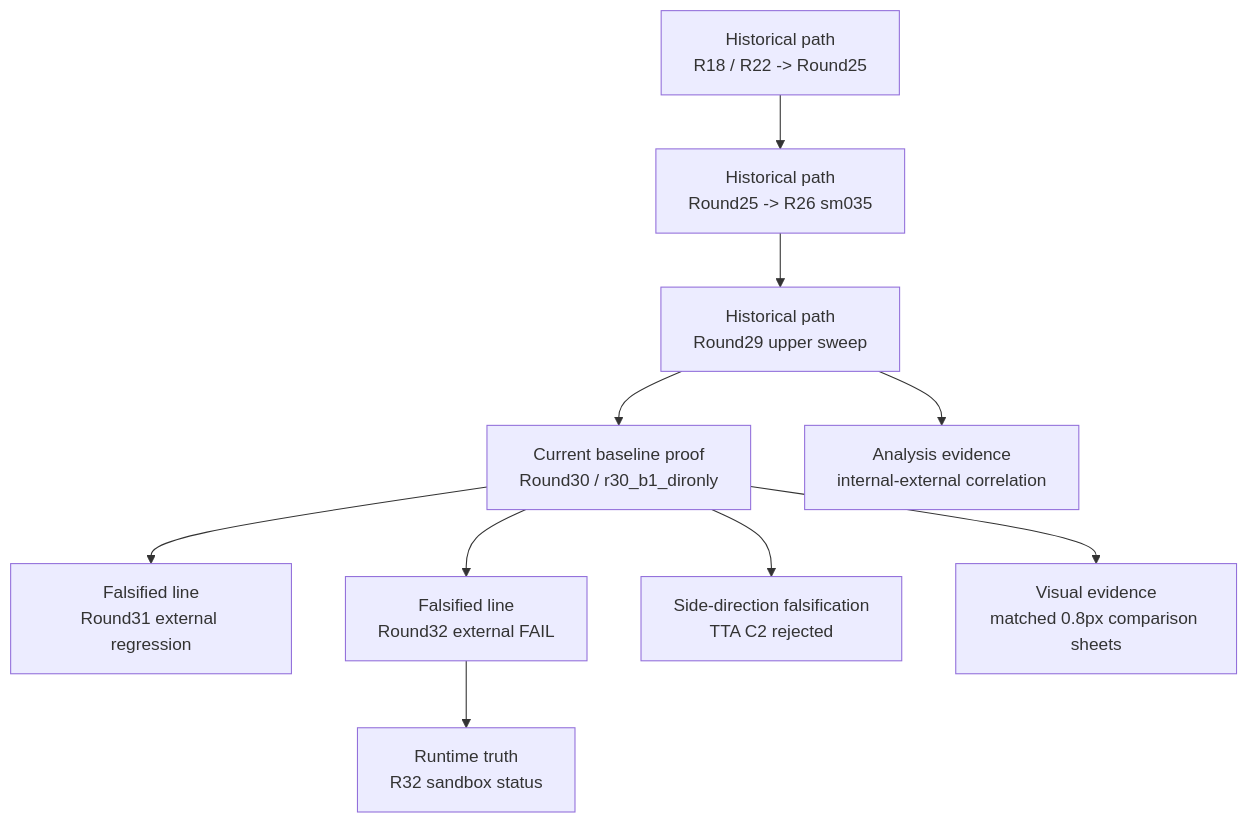
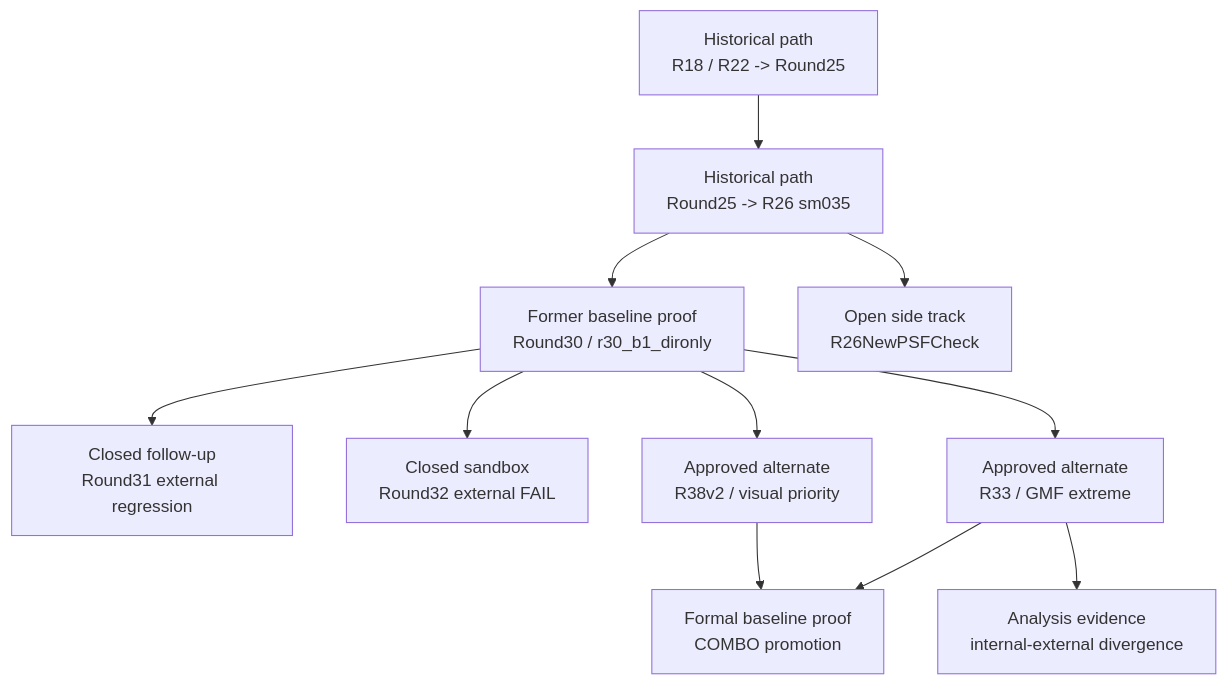
Before and after one commit to rio10255254/GMM_2_Final: the diagram in docs/evidence/EVIDENCE_MAP.md, drawn with Mermaid. The commit also changed other lines of this file and 27 other files, not shown here.

Commit message:
docs: promote combo and align truth plane

````diff
--- a/docs/evidence/EVIDENCE_MAP.md
+++ b/docs/evidence/EVIDENCE_MAP.md
@@ -20,12 +20,13 @@
 ```mermaid
 flowchart TD
     H25["Historical path<br/>R18 / R22 -> Round25"] --> H26["Historical path<br/>Round25 -> R26 sm035"]
-    H26 --> H29["Historical path<br/>Round29 upper sweep"]
-    H29 --> B30["Current baseline proof<br/>Round30 / r30_b1_dironly"]
-    B30 --> F31["Falsified line<br/>Round31 external regression"]
-    B30 --> F32["Falsified line<br/>Round32 external FAIL"]
-    B30 --> SD["Side-direction falsification<br/>TTA C2 rejected"]
-    H29 --> AN["Analysis evidence<br/>internal-external correlation"]
-    B30 --> VIS["Visual evidence<br/>matched 0.8px comparison sheets"]
-    F32 --> RT["Runtime truth<br/>R32 sandbox status"]
+    H26 --> B30["Former baseline proof<br/>Round30 / r30_b1_dironly"]
+    B30 --> F31["Closed follow-up<br/>Round31 external regression"]
+    B30 --> F32["Closed sandbox<br/>Round32 external FAIL"]
+    B30 --> ALT33["Approved alternate<br/>R33 / GMF extreme"]
+    B30 --> ALT38["Approved alternate<br/>R38v2 / visual priority"]
+    ALT33 --> BASE["Formal baseline proof<br/>COMBO promotion"]
+    ALT38 --> BASE
+    H26 --> SIDE["Open side track<br/>R26NewPSFCheck"]
+    ALT33 --> AN["Analysis evidence<br/>internal-external divergence"]
 ```
````
